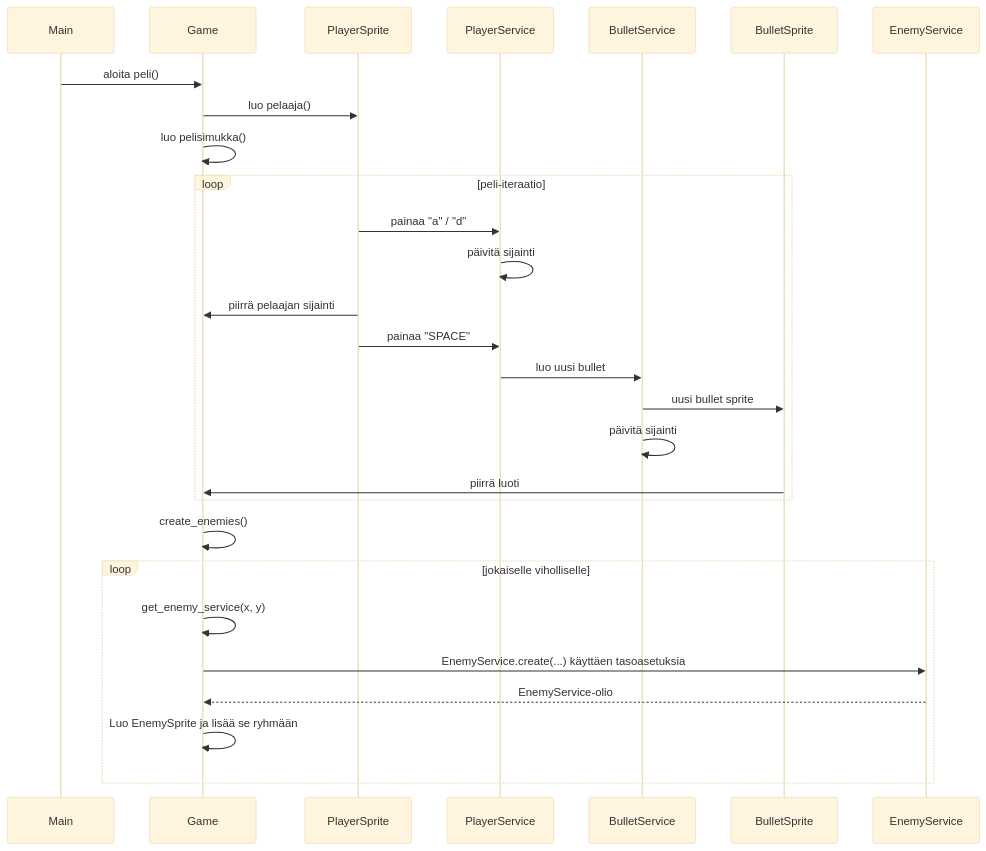
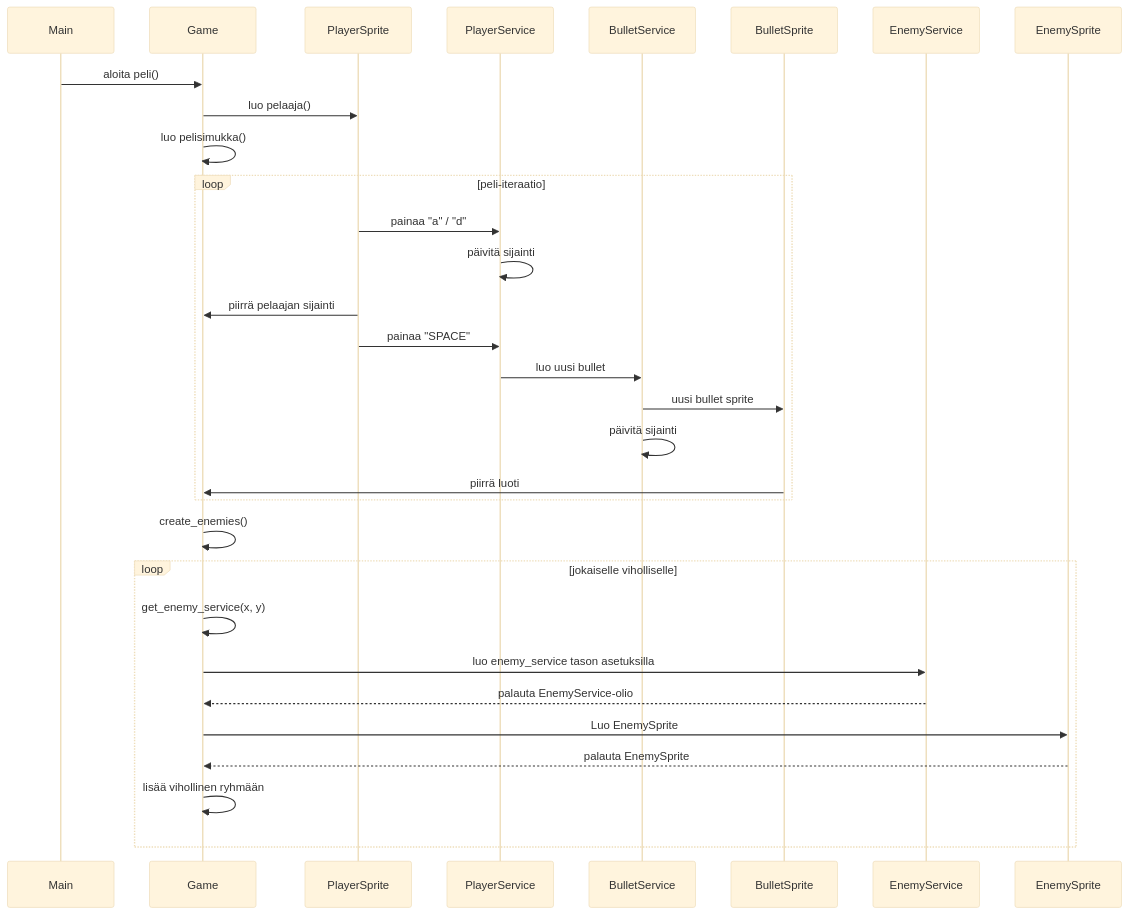
Diagram 16 of 20 in dokumentaatio/arkkitehtuuri.md (Tapir79/ot-harjoitustyo), drawn with Mermaid (base theme) before and after one commit.

Commit message:
Update architecture

````diff
--- a/dokumentaatio/arkkitehtuuri.md
+++ b/dokumentaatio/arkkitehtuuri.md
@@ -432,32 +432,34 @@
 ```mermaid
 sequenceDiagram
     participant Main
     participant Game
     participant PlayerSprite
     participant PlayerService
     participant BulletService
     participant BulletSprite
 
     Main->>Game: aloita peli()
     Game->>PlayerSprite:luo pelaaja()
     Game->>Game: luo pelisimukka()
 
     loop peli-iteraatio
         PlayerSprite->>PlayerService: painaa "a" / "d"
         PlayerService->>PlayerService: päivitä sijainti
         PlayerSprite->>Game: piirrä pelaajan sijainti
         PlayerSprite->>PlayerService: painaa "SPACE"
         PlayerService->>BulletService: luo uusi bullet
         BulletService->>BulletSprite: uusi bullet sprite
         BulletService->>BulletService: päivitä sijainti
         BulletSprite->>Game: piirrä luoti
     end
 
     Game->>Game: create_enemies()
     loop jokaiselle viholliselle
         Game->>Game: get_enemy_service(x, y)
-        Game->>EnemyService: EnemyService.create(...) käyttäen tasoasetuksia
-        EnemyService-->>Game: EnemyService-olio
-        Game->>Game: Luo EnemySprite ja lisää se ryhmään
+        Game->>EnemyService: luo enemy_service tason asetuksilla
+        EnemyService-->>Game: palauta EnemyService-olio
+        Game->>EnemySprite: Luo EnemySprite
+        EnemySprite-->>Game: palauta EnemySprite
+        Game->>Game: lisää vihollinen ryhmään
     end
 ```
````
